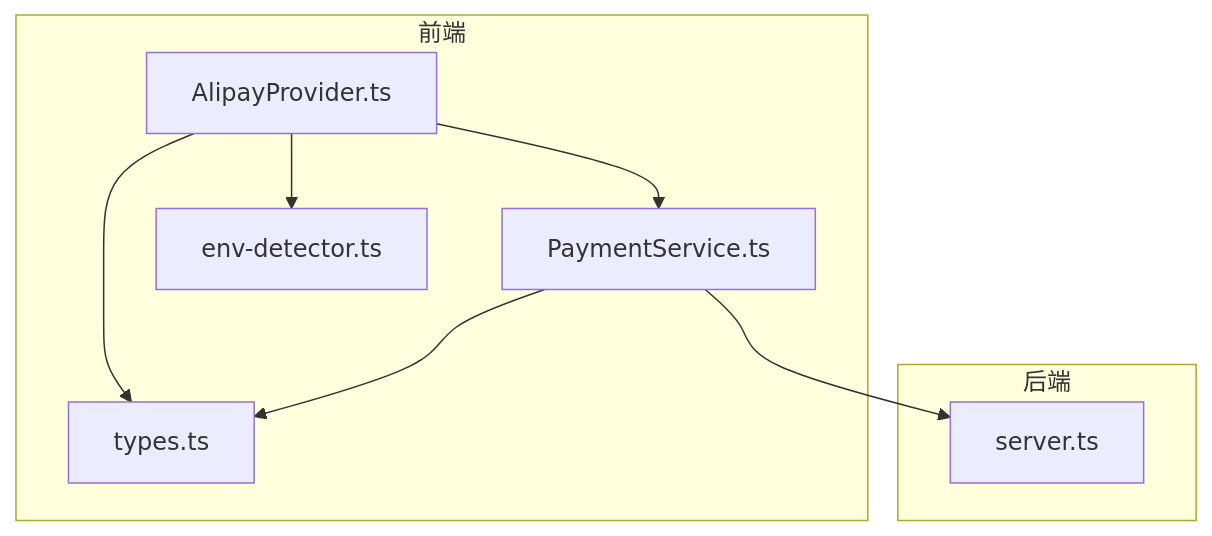
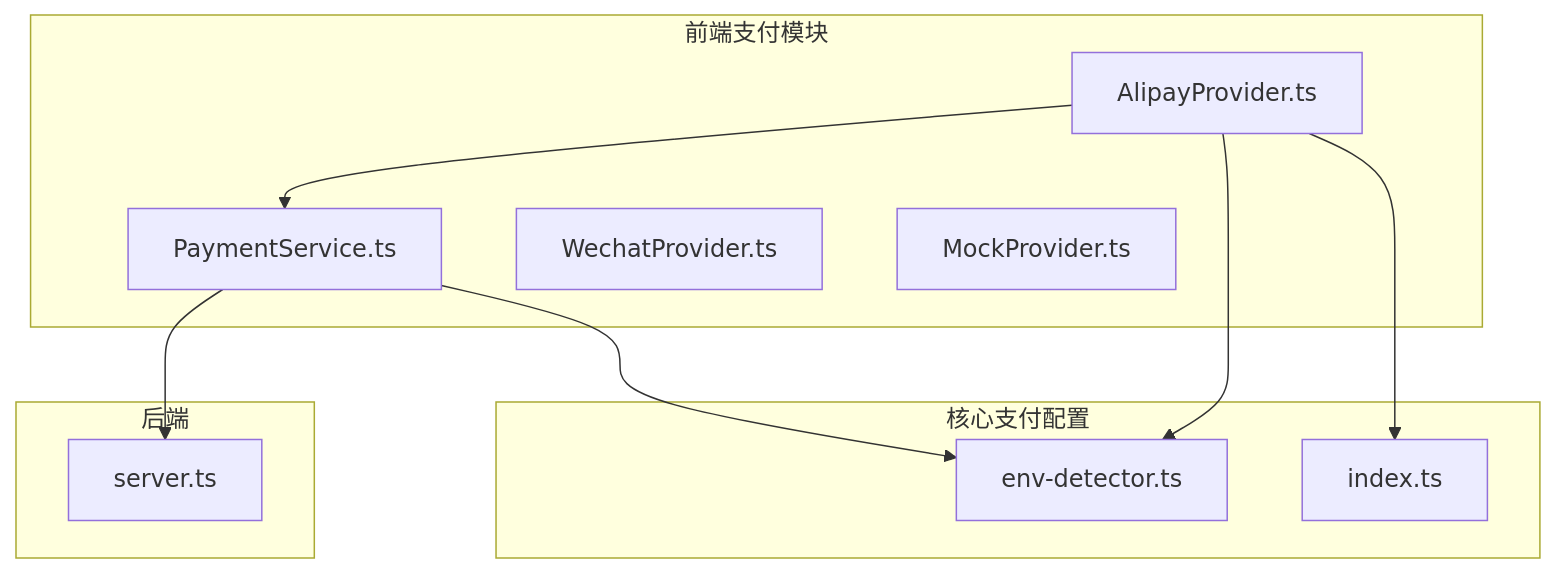
Before and after one commit to Hu-Right/supply-os: the first of 6 diagrams in .qoder/repowiki/zh/content/支付系统集成/支付宝集成实现.md, drawn with Mermaid. The commit also changed other lines of this file and 39 other files, not shown here.

````diff
--- a/.qoder/repowiki/zh/content/支付系统集成/支付宝集成实现.md
+++ b/.qoder/repowiki/zh/content/支付系统集成/支付宝集成实现.md
@@ -32,17 +42,21 @@
 ```mermaid
 graph TB
-subgraph "前端"
+subgraph "前端支付模块"
 A["AlipayProvider.ts"]
 B["PaymentService.ts"]
-C["types.ts"]
-D["env-detector.ts"]
+C["WechatProvider.ts"]
+D["MockProvider.ts"]
+end
+subgraph "核心支付配置"
+E["env-detector.ts"]
+F["index.ts"]
 end
 subgraph "后端"
-E["server.ts"]
+G["server.ts"]
 end
 A --> B
+B --> G
+A --> E
 B --> E
-A --> C
-B --> C
-A --> D
+A --> F
 ```
````
